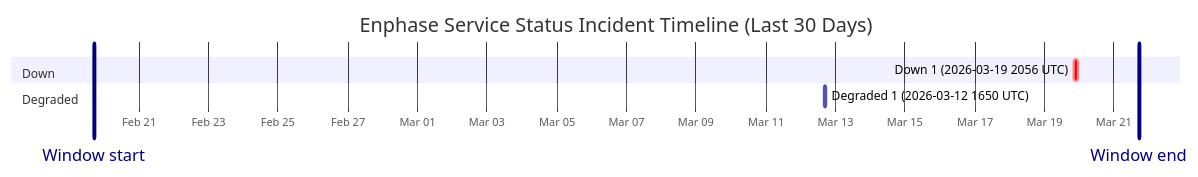
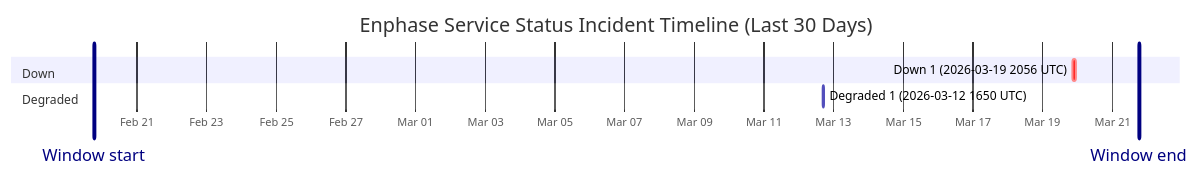
The diagram in wiki/Service-Status-History.md (barneyonline/ha-enphase-ev-charger), drawn with Mermaid before and after one commit. The commit also changed other lines of this file and 3 other files, not shown here.

````diff
--- a/wiki/Service-Status-History.md
+++ b/wiki/Service-Status-History.md
@@ -14,12 +14,12 @@
 ```mermaid
 gantt
     title Enphase Service Status Incident Timeline (Last 30 Days)
     dateFormat  YYYY-MM-DDTHH:mm:ss
     axisFormat  %b %d
-    Window start :vert, window-start, 2026-02-19T17:18:04, 0ms
-    Window end :vert, window-end, 2026-03-21T17:18:04, 0ms
+    Window start :vert, window-start, 2026-02-19T18:23:20, 0ms
+    Window end :vert, window-end, 2026-03-21T18:23:20, 0ms
     section Down
     Down 1 (2026-03-19 2056 UTC) :crit, down-1, 2026-03-19T20:56:20, 145m
     section Degraded
     Degraded 1 (2026-03-12 1650 UTC) :active, degraded-1, 2026-03-12T16:50:43, 60m
 ```
````
